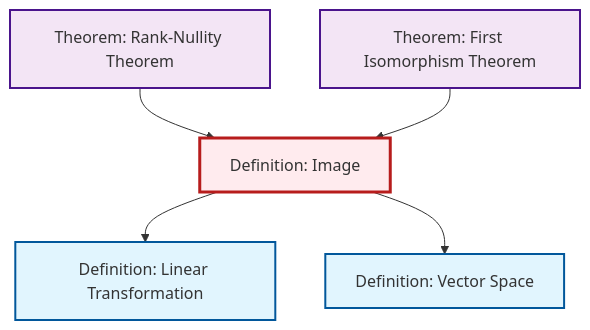
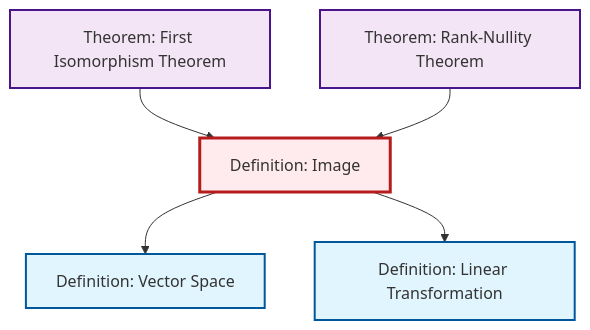
The diagram in content/ja/algebra/def-image.qmd (RK0429/ModernMath), drawn with Mermaid before and after one commit. The commit also changed other lines of this file and 619 other files, not shown here.

````diff
--- a/content/ja/algebra/def-image.qmd
+++ b/content/ja/algebra/def-image.qmd
@@ -55,23 +55,23 @@
 ```{mermaid}
 %%| fig-cap: "Local dependency graph"
 graph TD
     classDef definition fill:#e1f5fe,stroke:#01579b,stroke-width:2px
     classDef theorem fill:#f3e5f5,stroke:#4a148c,stroke-width:2px
     classDef axiom fill:#fff3e0,stroke:#e65100,stroke-width:2px
     classDef example fill:#e8f5e9,stroke:#1b5e20,stroke-width:2px
     classDef current fill:#ffebee,stroke:#b71c1c,stroke-width:3px
+    def-linear-transformation["Definition: Linear Transformation"]:::definition
     thm-rank-nullity["Theorem: Rank-Nullity Theorem"]:::theorem
+    thm-first-isomorphism["Theorem: First Isomorphism Theorem"]:::theorem
+    def-image["Definition: Image"]:::definition
     def-vector-space["Definition: Vector Space"]:::definition
-    thm-first-isomorphism["Theorem: First Isomorphism Theorem"]:::theorem
-    def-linear-transformation["Definition: Linear Transformation"]:::definition
-    def-image["Definition: Image"]:::definition
+    thm-first-isomorphism --> def-image
+    def-image --> def-vector-space
+    def-image --> def-linear-transformation
     thm-rank-nullity --> def-image
-    thm-first-isomorphism --> def-image
-    def-image --> def-linear-transformation
-    def-image --> def-vector-space
     class def-image current
+    click def-linear-transformation "def-linear-transformation.html" "Definition: Linear Transformationへ"
     click thm-rank-nullity "thm-rank-nullity.html" "Theorem: Rank-Nullity Theoremへ"
+    click thm-first-isomorphism "thm-first-isomorphism.html" "Theorem: First Isomorphism Theoremへ"
     click def-vector-space "def-vector-space.html" "Definition: Vector Spaceへ"
-    click thm-first-isomorphism "thm-first-isomorphism.html" "Theorem: First Isomorphism Theoremへ"
-    click def-linear-transformation "def-linear-transformation.html" "Definition: Linear Transformationへ"
 ```
````
